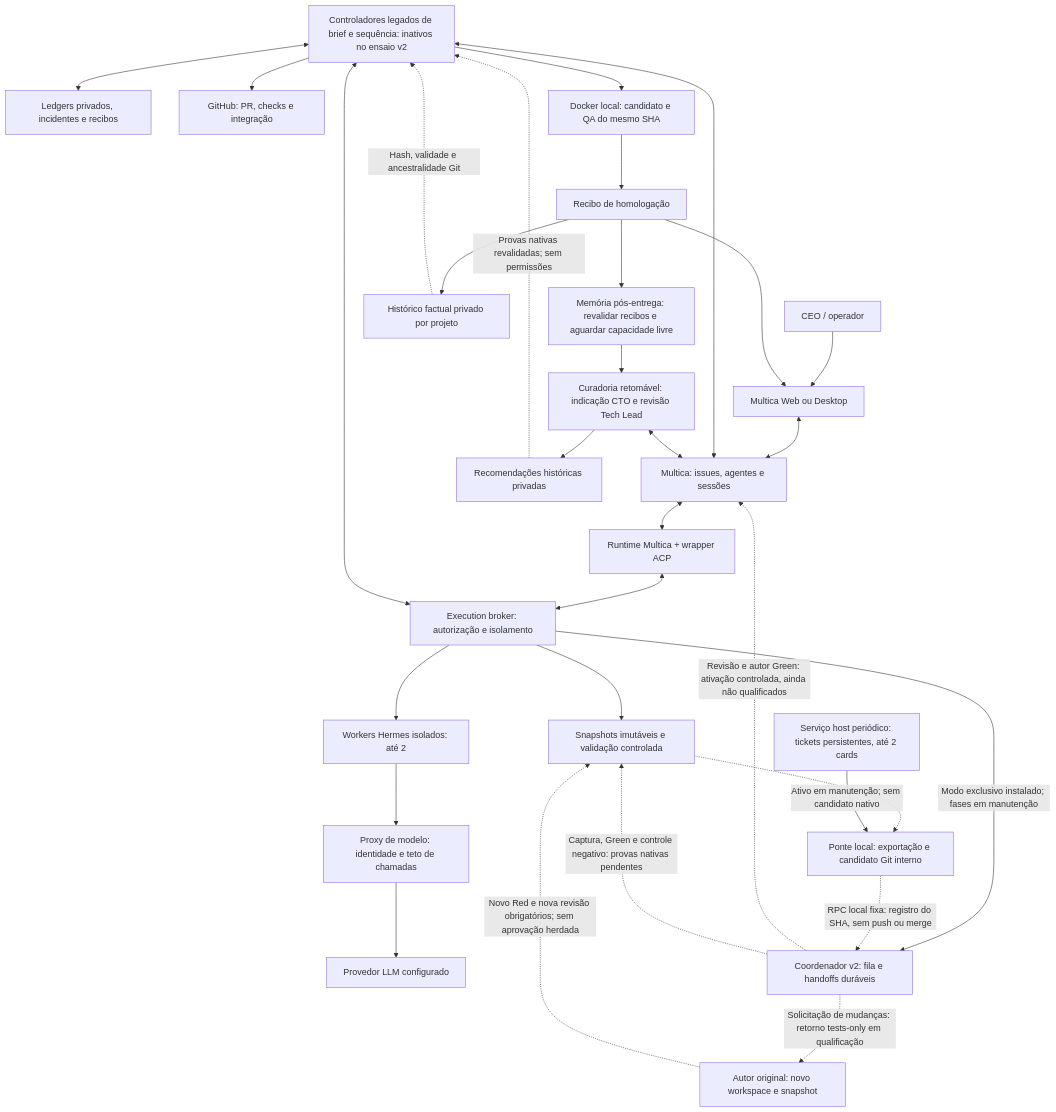
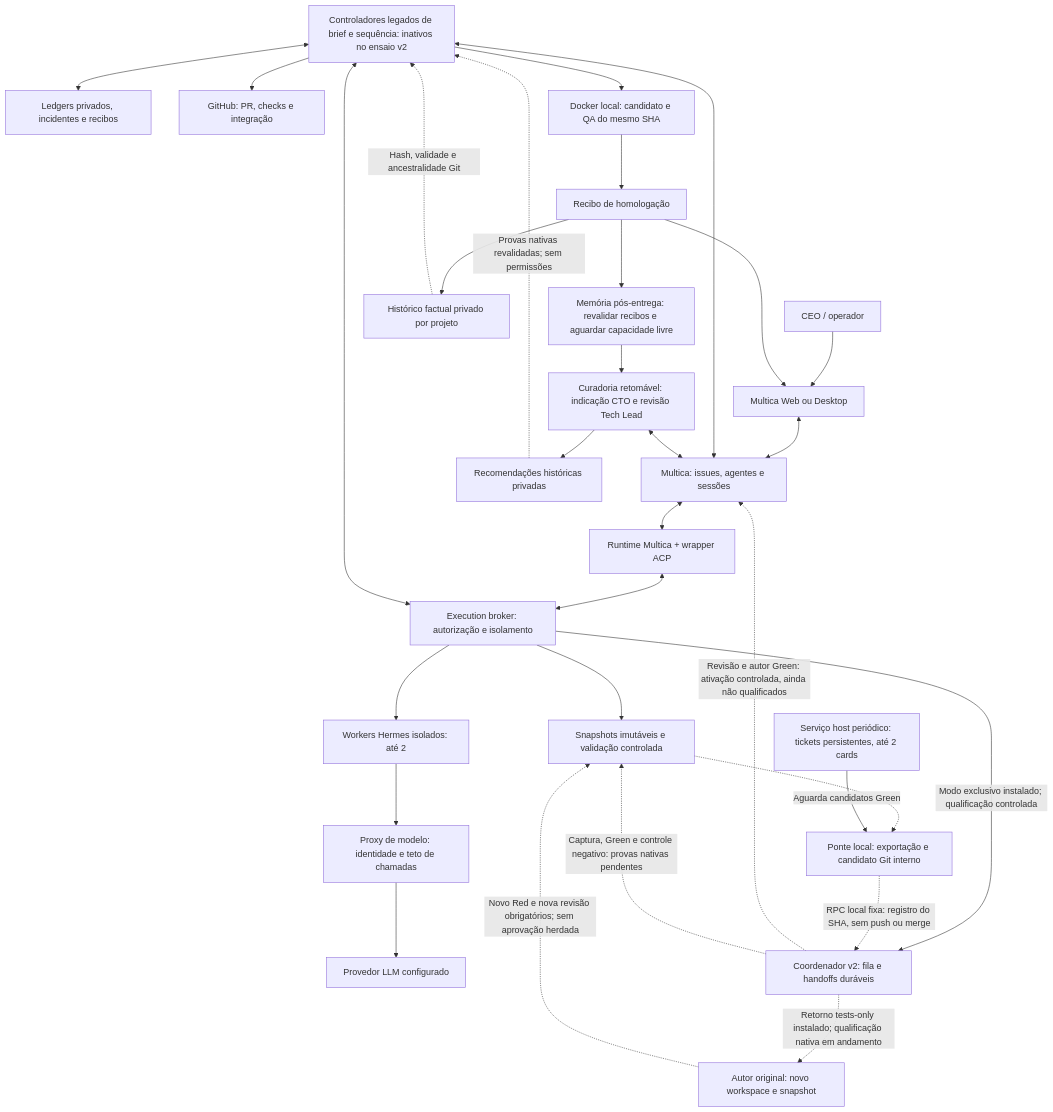
Before and after one commit to codifydeep/fabriquinha: the first of 8 diagrams in README.md, drawn with Mermaid. The commit also changed other lines of this file, not shown here.

````diff
--- a/README.md
+++ b/README.md
@@ -512,33 +514,33 @@
 ```mermaid
 flowchart TB
     CEO[CEO / operador] --> UI[Multica Web ou Desktop]
     UI <--> MC[Multica: issues, agentes e sessões]
     MC <--> RT[Runtime Multica + wrapper ACP]
     RT <--> B[Execution broker: autorização e isolamento]
     S[Controladores legados de brief e sequência: inativos no ensaio v2] <--> MC
     S <--> B
     S <--> L[Ledgers privados, incidentes e recibos]
     B --> W[Workers Hermes isolados: até 2]
     W --> P[Proxy de modelo: identidade e teto de chamadas]
     P --> M[Provedor LLM configurado]
     B --> E[Snapshots imutáveis e validação controlada]
-    B -->|Modo exclusivo instalado; fases em manutenção| V2[Coordenador v2: fila e handoffs duráveis]
+    B -->|Modo exclusivo instalado; qualificação controlada| V2[Coordenador v2: fila e handoffs duráveis]
     V2 -.->|Revisão e autor Green: ativação controlada, ainda não qualificados| MC
-    V2 -.->|Solicitação de mudanças: retorno tests-only em qualificação| TR[Autor original: novo workspace e snapshot]
+    V2 -.->|Retorno tests-only instalado; qualificação nativa em andamento| TR[Autor original: novo workspace e snapshot]
     TR -.->|Novo Red e nova revisão obrigatórios; sem aprovação herdada| E
     V2 -.->|Captura, Green e controle negativo: provas nativas pendentes| E
     E -.-> GX[Ponte local: exportação e candidato Git interno]
     GX -.->|RPC local fixa: registro do SHA, sem push ou merge| V2
-    GD[Serviço host periódico: tickets persistentes, até 2 cards] -->|Ativo em manutenção; sem candidato nativo| GX
+    GD[Serviço host periódico: tickets persistentes, até 2 cards] -->|Aguarda candidatos Green| GX
     S --> GH[GitHub: PR, checks e integração]
     S --> QA[Docker local: candidato e QA do mesmo SHA]
     QA --> R[Recibo de homologação]
     R --> UI
     R --> HF[Histórico factual privado por projeto]
     HF -.->|Hash, validade e ancestralidade Git| S
     R --> MQ[Memória pós-entrega: revalidar recibos e aguardar capacidade livre]
     MQ --> C[Curadoria retomável: indicação CTO e revisão Tech Lead]
     C <--> MC
     C --> K[Recomendações históricas privadas]
     K -.->|Provas nativas revalidadas; sem permissões| S
 ```
````
